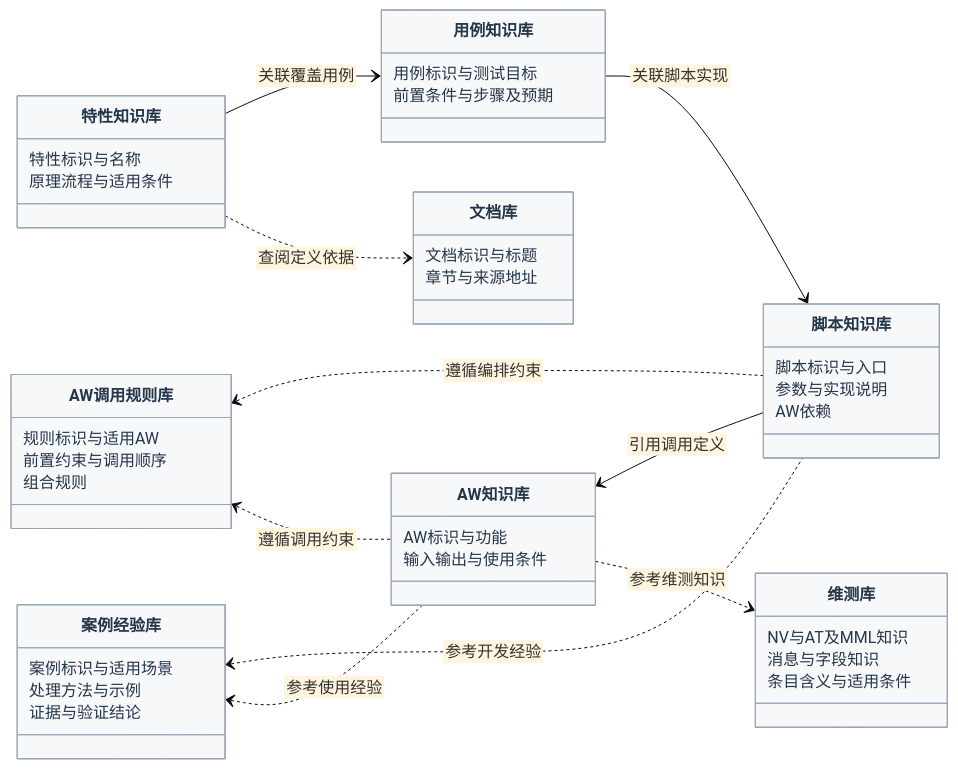
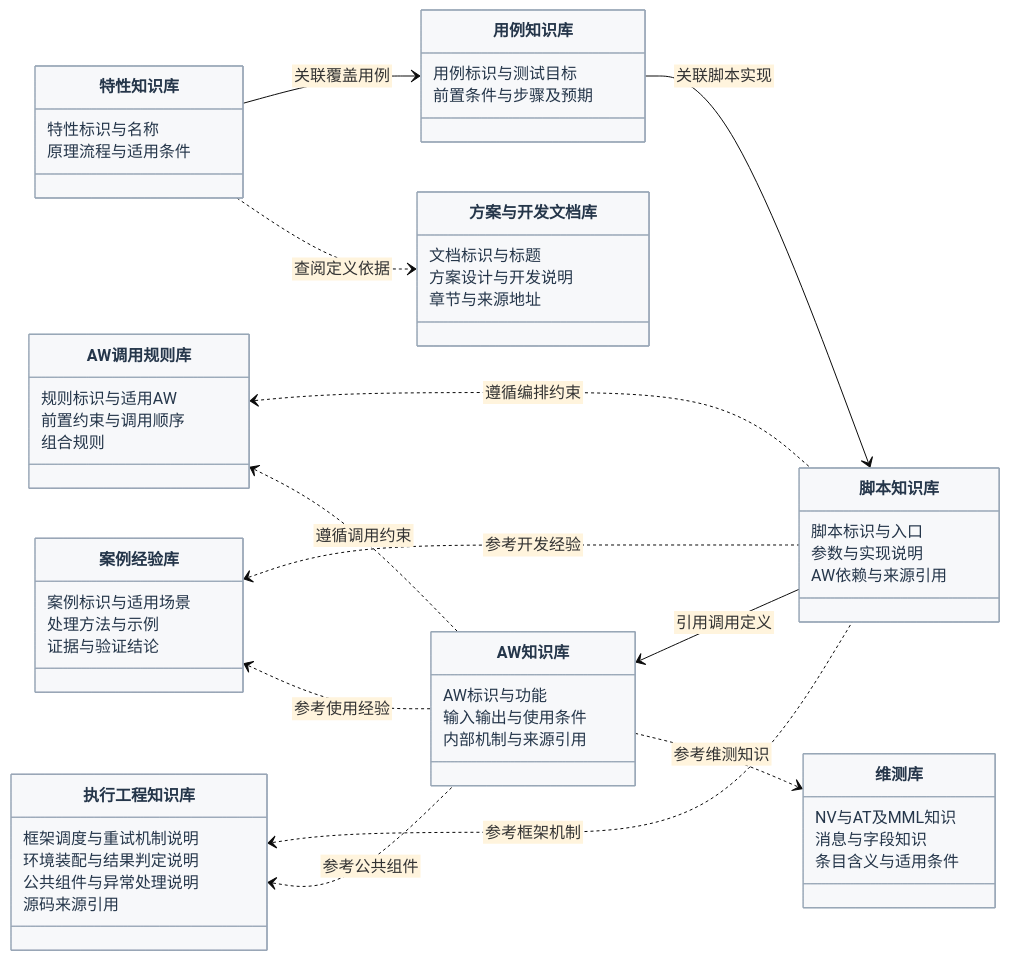
One commit to fuermosideyu/UnifiedModel changed the second of 3 diagrams in doc/测试执行域.md. Above: the diagram before and after it, drawn with Mermaid. The commit also changed other lines of this file and 31 other files, not shown here.

````diff
--- a/doc/测试执行域.md
+++ b/doc/测试执行域.md
@@ -39,58 +39,69 @@
 ```mermaid
 %%{init: {"theme": "base", "look": "classic", "htmlLabels": false, "class": {"nodeSpacing": 35, "rankSpacing": 55}}}%%
 classDiagram
 direction LR
 class Feature["特性知识库"] {
     特性标识与名称
     原理流程与适用条件
 }
 class Case["用例知识库"] {
     用例标识与测试目标
     前置条件与步骤及预期
 }
 class Script["脚本知识库"] {
     脚本标识与入口
     参数与实现说明
-    AW依赖
+    AW依赖与来源引用
 }
 class AW["AW知识库"] {
     AW标识与功能
     输入输出与使用条件
+    内部机制与来源引用
 }
-class Doc["文档库"] {
+class Engineering["执行工程知识库"] {
+    框架调度与重试机制说明
+    环境装配与结果判定说明
+    公共组件与异常处理说明
+    源码来源引用
+}
+class Doc["方案与开发文档库"] {
     文档标识与标题
+    方案设计与开发说明
     章节与来源地址
 }
 class Rules["AW调用规则库"] {
     规则标识与适用AW
     前置约束与调用顺序
     组合规则
 }
 class Experience["案例经验库"] {
     案例标识与适用场景
     处理方法与示例
     证据与验证结论
 }
 class Maintenance["维测库"] {
     NV与AT及MML知识
     消息与字段知识
     条目含义与适用条件
 }
 Feature --> Case : 关联覆盖用例
 Case --> Script : 关联脚本实现
 AW <-- Script : 引用调用定义
 Feature ..> Doc : 查阅定义依据
 Rules <.. Script : 遵循编排约束
 Rules <.. AW : 遵循调用约束
 Experience <.. Script : 参考开发经验
 Experience <.. AW : 参考使用经验
 AW ..> Maintenance : 参考维测知识
+Engineering <.. Script : 参考框架机制
+Engineering <.. AW : 参考公共组件
 style Feature fill:#f7f8fa,stroke:#98a6b6,color:#25364a
 style Case fill:#f7f8fa,stroke:#98a6b6,color:#25364a
 style Script fill:#f7f8fa,stroke:#98a6b6,color:#25364a
 style AW fill:#f7f8fa,stroke:#98a6b6,color:#25364a
 style Doc fill:#f7f8fa,stroke:#98a6b6,color:#25364a
 style Rules fill:#f7f8fa,stroke:#98a6b6,color:#25364a
 style Experience fill:#f7f8fa,stroke:#98a6b6,color:#25364a
 style Maintenance fill:#f7f8fa,stroke:#98a6b6,color:#25364a
+style Engineering fill:#f7f8fa,stroke:#98a6b6,color:#25364a
 ```
````
